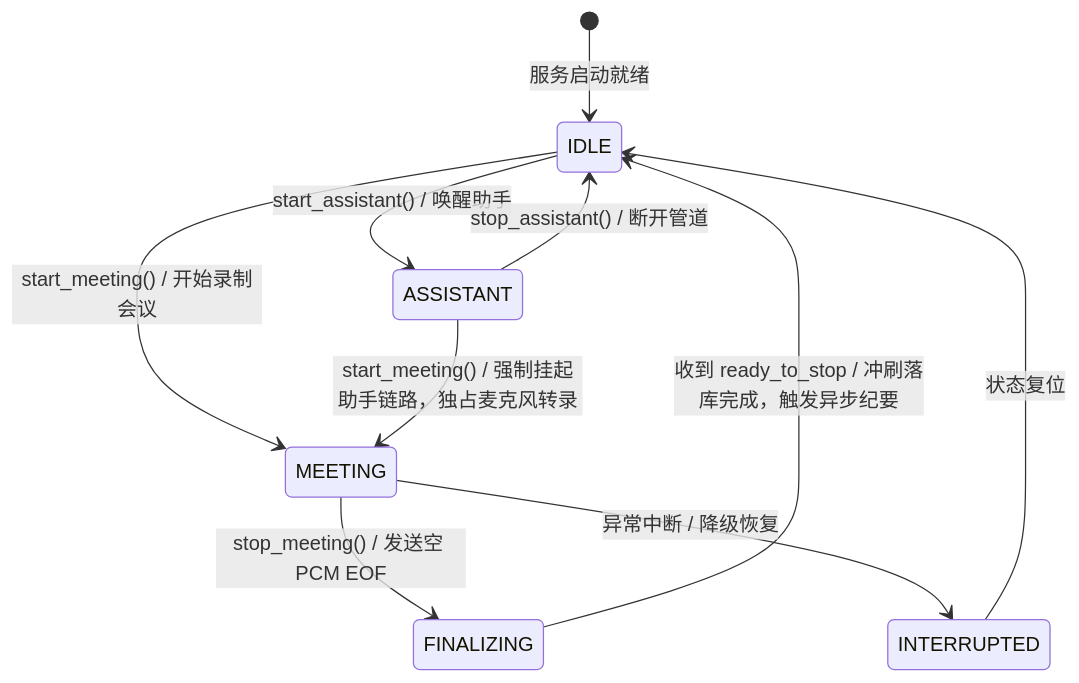
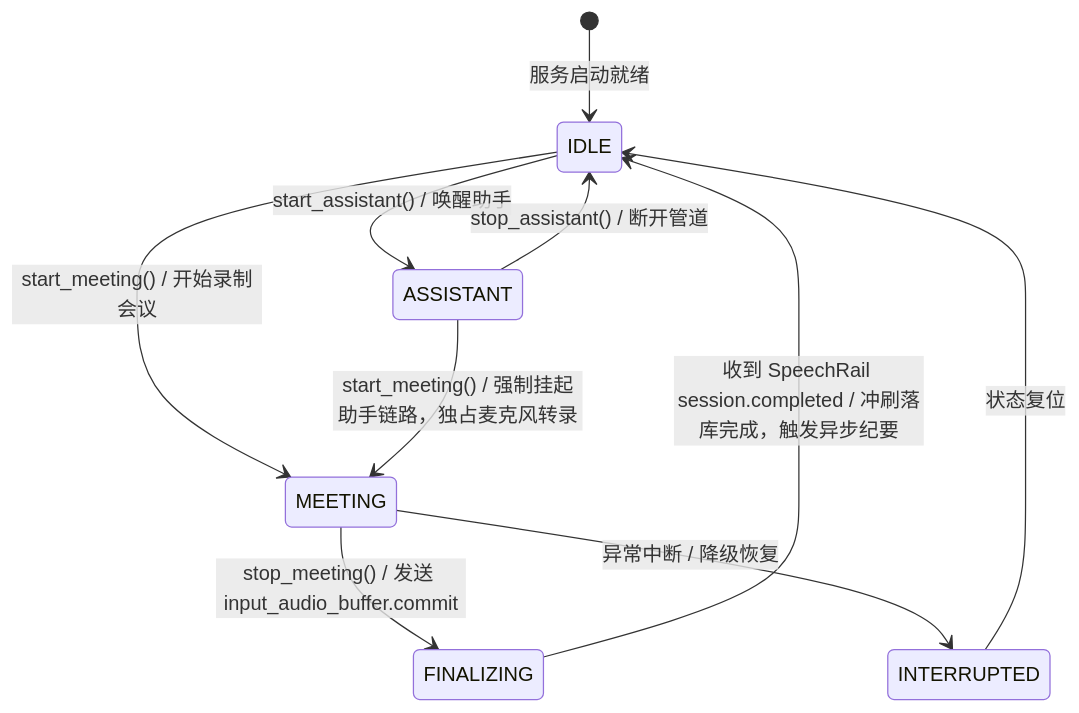
Before and after one commit to hrygo/voice-realtime: the second of 2 diagrams in docs/architecture/全链路语音交互与会议助手-技术方案与实施方案.md, drawn with Mermaid. The commit also changed other lines of this file and 495 other files, not shown here.

First line of the commit message:
Merge pull request #3 from hrygo/refactor/clean-architecture-and-docs

````diff
--- a/docs/architecture/全链路语音交互与会议助手-技术方案与实施方案.md
+++ b/docs/architecture/全链路语音交互与会议助手-技术方案与实施方案.md
@@ -140,14 +139,14 @@
 ```mermaid
 stateDiagram-v2
     [*] --> IDLE : 服务启动就绪
     IDLE --> ASSISTANT : start_assistant() / 唤醒助手
     ASSISTANT --> IDLE : stop_assistant() / 断开管道
 
     IDLE --> MEETING : start_meeting() / 开始录制会议
     ASSISTANT --> MEETING : start_meeting() / 强制挂起助手链路，独占麦克风转录
-    MEETING --> FINALIZING : stop_meeting() / 发送空 PCM EOF
-    FINALIZING --> IDLE : 收到 ready_to_stop / 冲刷落库完成，触发异步纪要
+    MEETING --> FINALIZING : stop_meeting() / 发送 input_audio_buffer.commit
+    FINALIZING --> IDLE : 收到 SpeechRail session.completed / 冲刷落库完成，触发异步纪要
 
     MEETING --> INTERRUPTED : 异常中断 / 降级恢复
     INTERRUPTED --> IDLE : 状态复位
 ```
````
